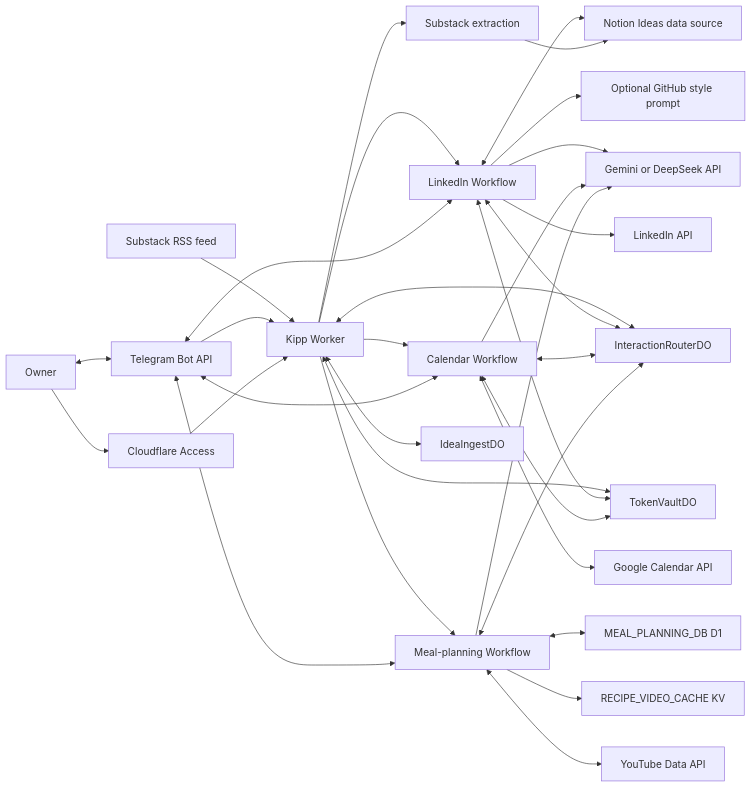
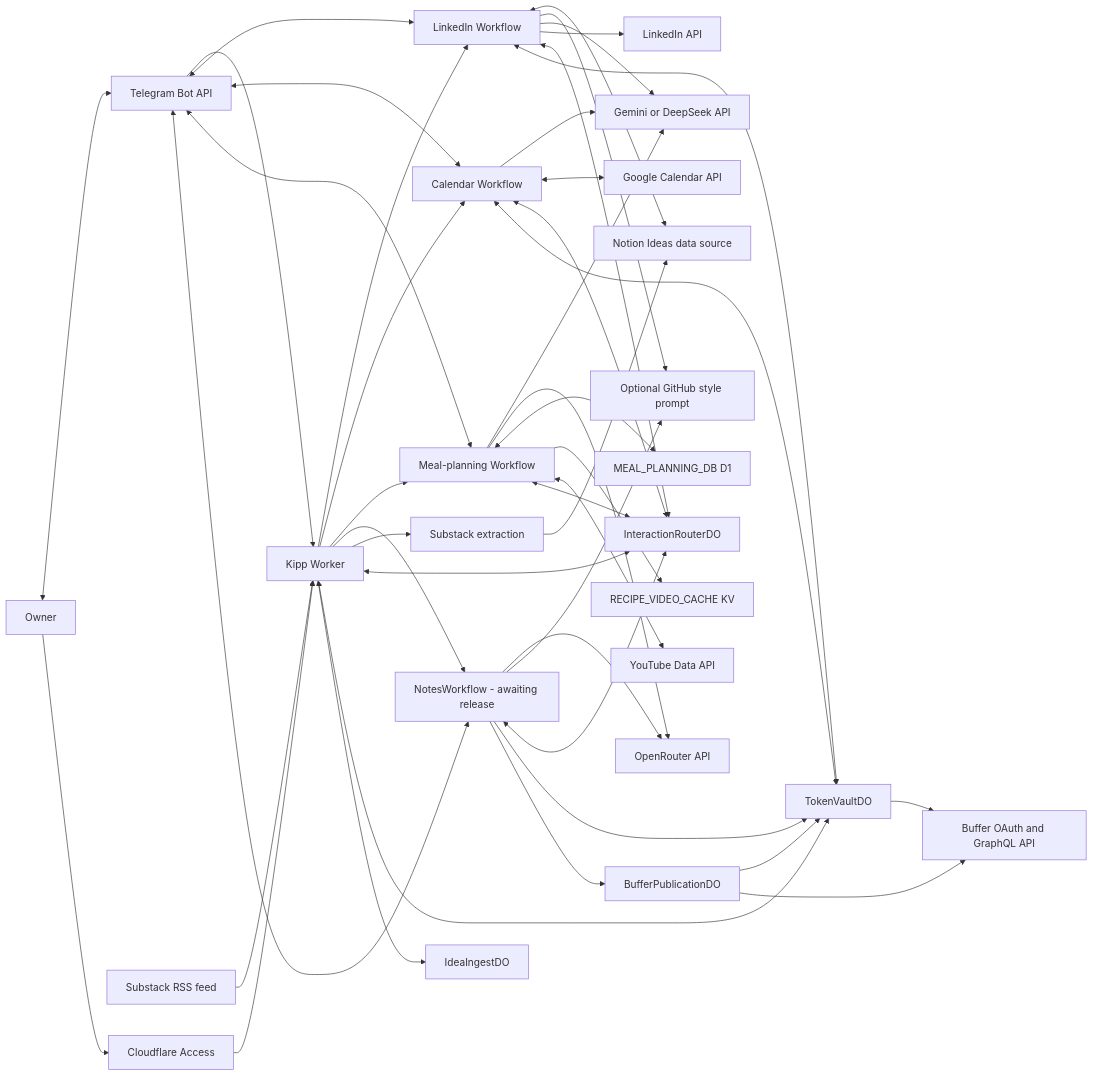
The first of 2 diagrams in docs/architecture/system.md (satwikhebbar/kipp), drawn with Mermaid before and after one commit. The commit also changed other lines of this file and 13 other files, not shown here.

Commit message:
Verify Notes restart recovery and document release gates

````diff
--- a/docs/architecture/system.md
+++ b/docs/architecture/system.md
@@ -11,35 +12,46 @@
 ```mermaid
 flowchart LR
   owner["Owner"] <--> telegram["Telegram Bot API"]
   substack["Substack RSS feed"] --> worker["Kipp Worker"]
   telegram --> worker
   owner --> access["Cloudflare Access"] --> worker
 
   worker --> linkedinFlow["LinkedIn Workflow"]
   worker --> calendarFlow["Calendar Workflow"]
   worker --> mealFlow["Meal-planning Workflow"]
+  worker --> notesFlow["NotesWorkflow - awaiting release"]
   worker --> substackExtract["Substack extraction"]
   worker <--> router["InteractionRouterDO"]
   worker <--> vault["TokenVaultDO"]
   worker <--> ingest["IdeaIngestDO"]
 
   linkedinFlow <--> data["Notion Ideas data source"]
   substackExtract --> data
   linkedinFlow --> github["Optional GitHub style prompt"]
   linkedinFlow --> llm["Gemini or DeepSeek API"]
   linkedinFlow --> linkedin["LinkedIn API"]
   calendarFlow --> llm
   calendarFlow <--> calendar["Google Calendar API"]
   mealFlow --> llm
+  mealFlow --> openrouter["OpenRouter API"]
+  notesFlow --> openrouter
+  notesFlow --> github
+  notesFlow <--> telegram
+  notesFlow <--> router
+  notesFlow --> vault
+  notesFlow --> publication["BufferPublicationDO"]
+  publication --> vault
+  publication --> buffer["Buffer OAuth and GraphQL API"]
+  vault --> buffer
   mealFlow <--> mealDb["MEAL_PLANNING_DB D1"]
   mealFlow --> mealVideo["RECIPE_VIDEO_CACHE KV"]
   mealFlow <--> youtube["YouTube Data API"]
   linkedinFlow <--> telegram
   calendarFlow <--> telegram
   mealFlow <--> telegram
   linkedinFlow <--> router
   calendarFlow <--> router
   mealFlow <--> router
   linkedinFlow <--> vault
   calendarFlow <--> vault
 ```
````
